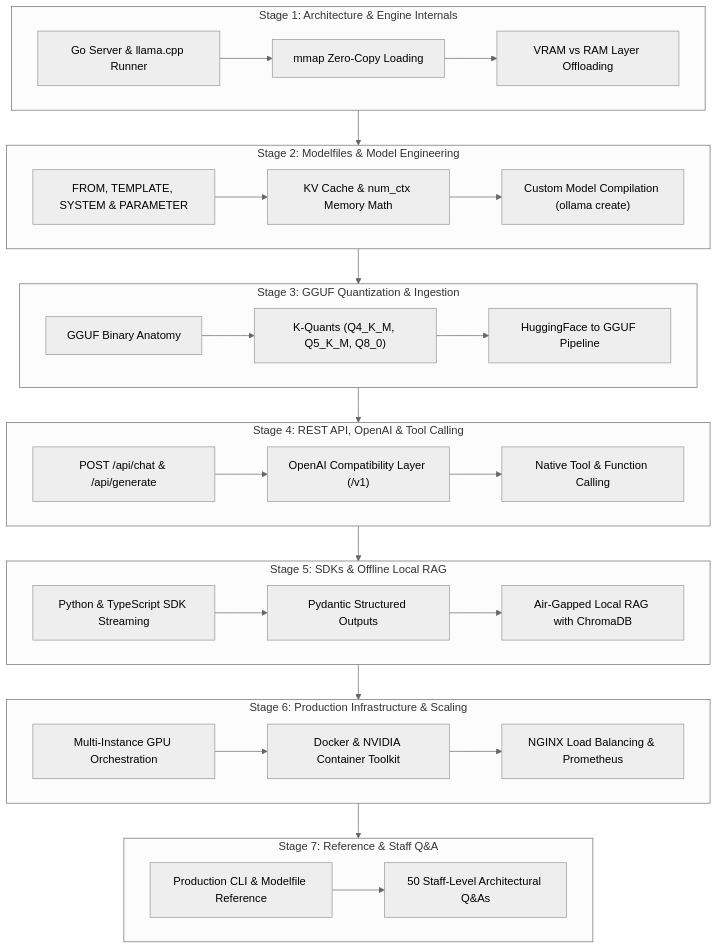
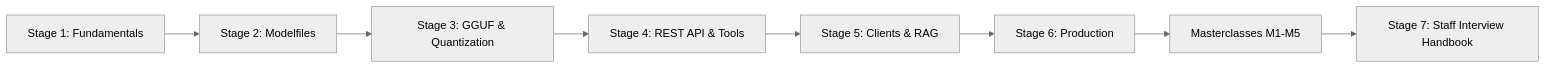
One commit to TheLearningHubOrg/learn-ollama changed the first of 31 diagrams in README.md. Above: the diagram before and after it, drawn with Mermaid (neutral theme). The commit also changed other lines of this file and 37 other files, not shown here.

Commit message:
feat: restructure to the 7-stage standard, deepen stages 1-3, add starter project, CI, Docker and releases

````diff
--- a/README.md
+++ b/README.md
@@ -9,38 +29,10 @@
 ```mermaid
-flowchart TD
-    subgraph S1["Stage 1: Architecture & Engine Internals"]
-        A1["Go Server & llama.cpp Runner"] --> A2["mmap Zero-Copy Loading"]
-        A2 --> A3["VRAM vs RAM Layer Offloading"]
-    end
-
-    subgraph S2["Stage 2: Modelfiles & Model Engineering"]
-        B1["FROM, TEMPLATE, SYSTEM & PARAMETER"] --> B2["KV Cache & num_ctx Memory Math"]
-        B2 --> B3["Custom Model Compilation (ollama create)"]
-    end
-
-    subgraph S3["Stage 3: GGUF Quantization & Ingestion"]
-        C1["GGUF Binary Anatomy"] --> C2["K-Quants (Q4_K_M, Q5_K_M, Q8_0)"]
-        C2 --> C3["HuggingFace to GGUF Pipeline"]
-    end
-
-    subgraph S4["Stage 4: REST API, OpenAI & Tool Calling"]
-        D1["POST /api/chat & /api/generate"] --> D2["OpenAI Compatibility Layer (/v1)"]
-        D2 --> D3["Native Tool & Function Calling"]
-    end
-
-    subgraph S5["Stage 5: SDKs & Offline Local RAG"]
-        E1["Python & TypeScript SDK Streaming"] --> E2["Pydantic Structured Outputs"]
-        E2 --> E3["Air-Gapped Local RAG with ChromaDB"]
-    end
-
-    subgraph S6["Stage 6: Production Infrastructure & Scaling"]
-        F1["Multi-Instance GPU Orchestration"] --> F2["Docker & NVIDIA Container Toolkit"]
-        F2 --> F3["NGINX Load Balancing & Prometheus"]
-    end
-
-    subgraph S7["Stage 7: Reference & Staff Q&A"]
-        G1["Production CLI & Modelfile Reference"] --> G2["50 Staff-Level Architectural Q&As"]
-    end
-
-    S1 --> S2 --> S3 --> S4 --> S5 --> S6 --> S7
+flowchart LR
+    S1["Stage 1: Fundamentals"] --> S2["Stage 2: Modelfiles"]
+    S2 --> S3["Stage 3: GGUF & Quantization"]
+    S3 --> S4["Stage 4: REST API & Tools"]
+    S4 --> S5["Stage 5: Clients & RAG"]
+    S5 --> S6["Stage 6: Production"]
+    S6 --> M["Masterclasses M1-M5"]
+    M --> S7["Stage 7: Staff Interview Handbook"]
 ```
````
